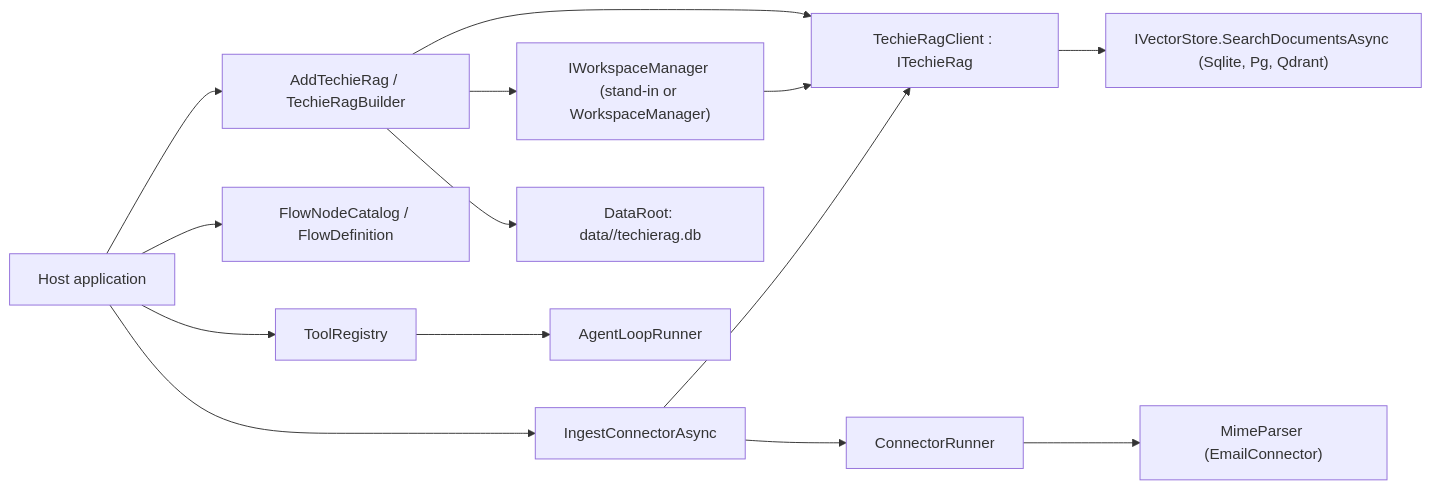
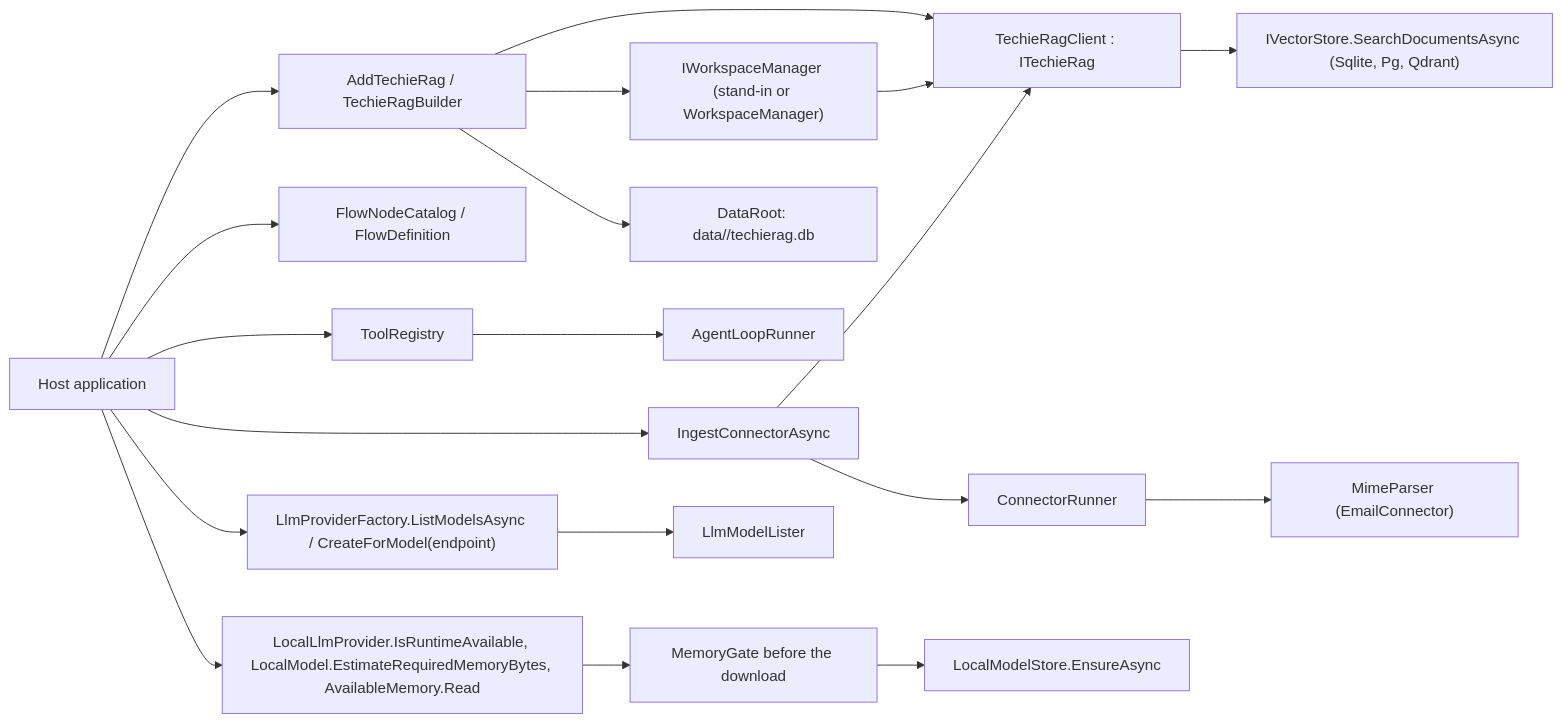
The diagram in docs/TechieRag-P3-DevGuide.md (techierathore/TechieRag), drawn with Mermaid before and after one commit. The commit also changed other lines of this file and 54 other files, not shown here.

````diff
--- a/docs/TechieRag-P3-DevGuide.md
+++ b/docs/TechieRag-P3-DevGuide.md
@@ -18,14 +18,17 @@
 ```mermaid
 flowchart LR
   Host["Host application"] --> DI["AddTechieRag / TechieRagBuilder"]
   DI --> Client["TechieRagClient : ITechieRag"]
   DI --> IWM["IWorkspaceManager (stand-in or WorkspaceManager)"]
   IWM --> Client
   Client --> Store["IVectorStore.SearchDocumentsAsync (Sqlite, Pg, Qdrant)"]
   Host --> Ingest["IngestConnectorAsync"] --> Runner["ConnectorRunner"]
   Ingest --> Client
   Runner --> Mime["MimeParser (EmailConnector)"]
   DI --> Data["DataRoot: data/<app>/techierag.db"]
   Host --> Flow["FlowNodeCatalog / FlowDefinition"]
   Host --> Tools["ToolRegistry"] --> Loop["AgentLoopRunner"]
+  Host --> Fit["LocalLlmProvider.IsRuntimeAvailable, LocalModel.EstimateRequiredMemoryBytes, AvailableMemory.Read"]
+  Fit --> Gate["MemoryGate before the download"] --> Store2["LocalModelStore.EnsureAsync"]
+  Host --> Route["LlmProviderFactory.ListModelsAsync / CreateForModel(endpoint)"] --> Lister["LlmModelLister"]
 ```
````
